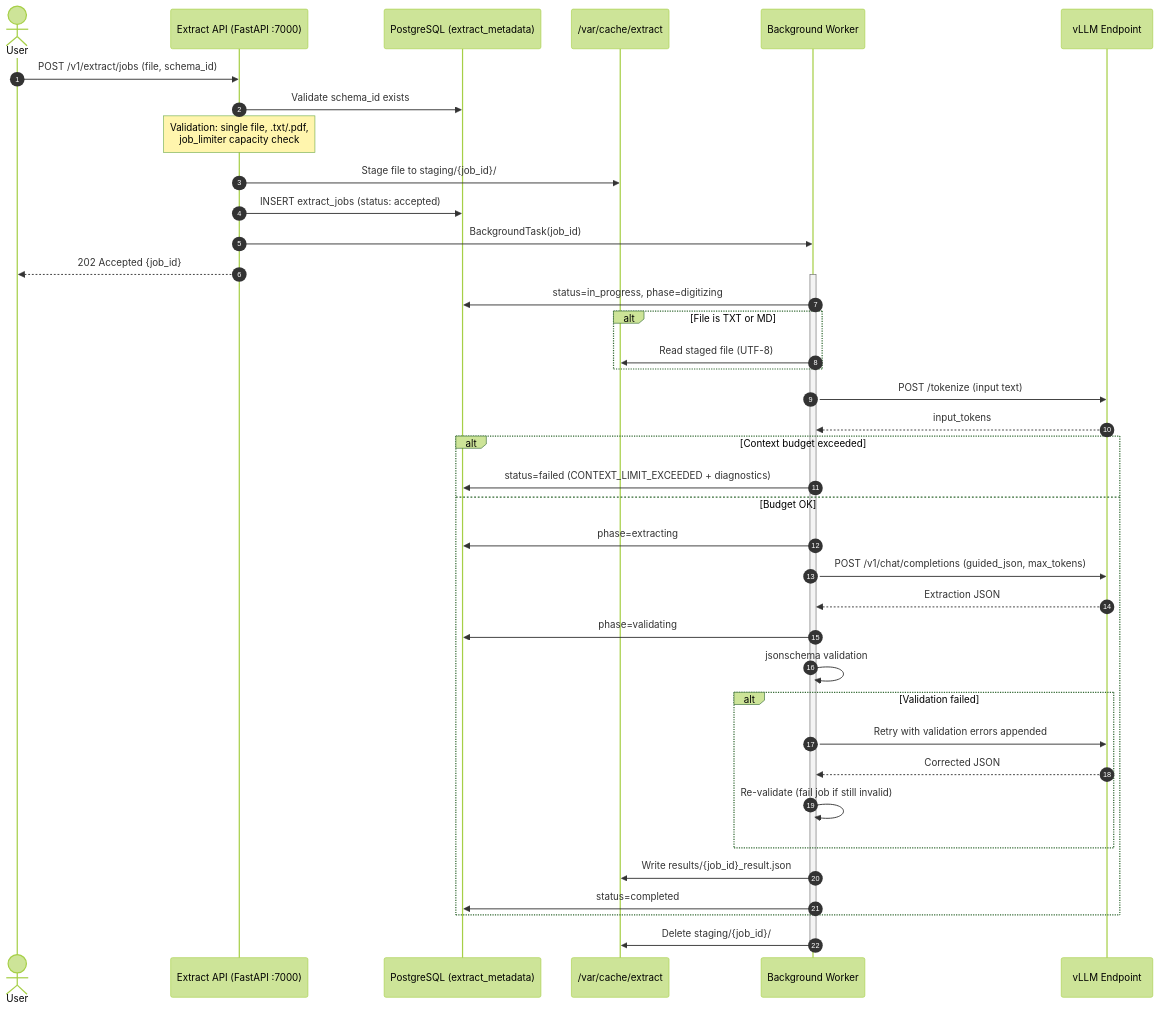
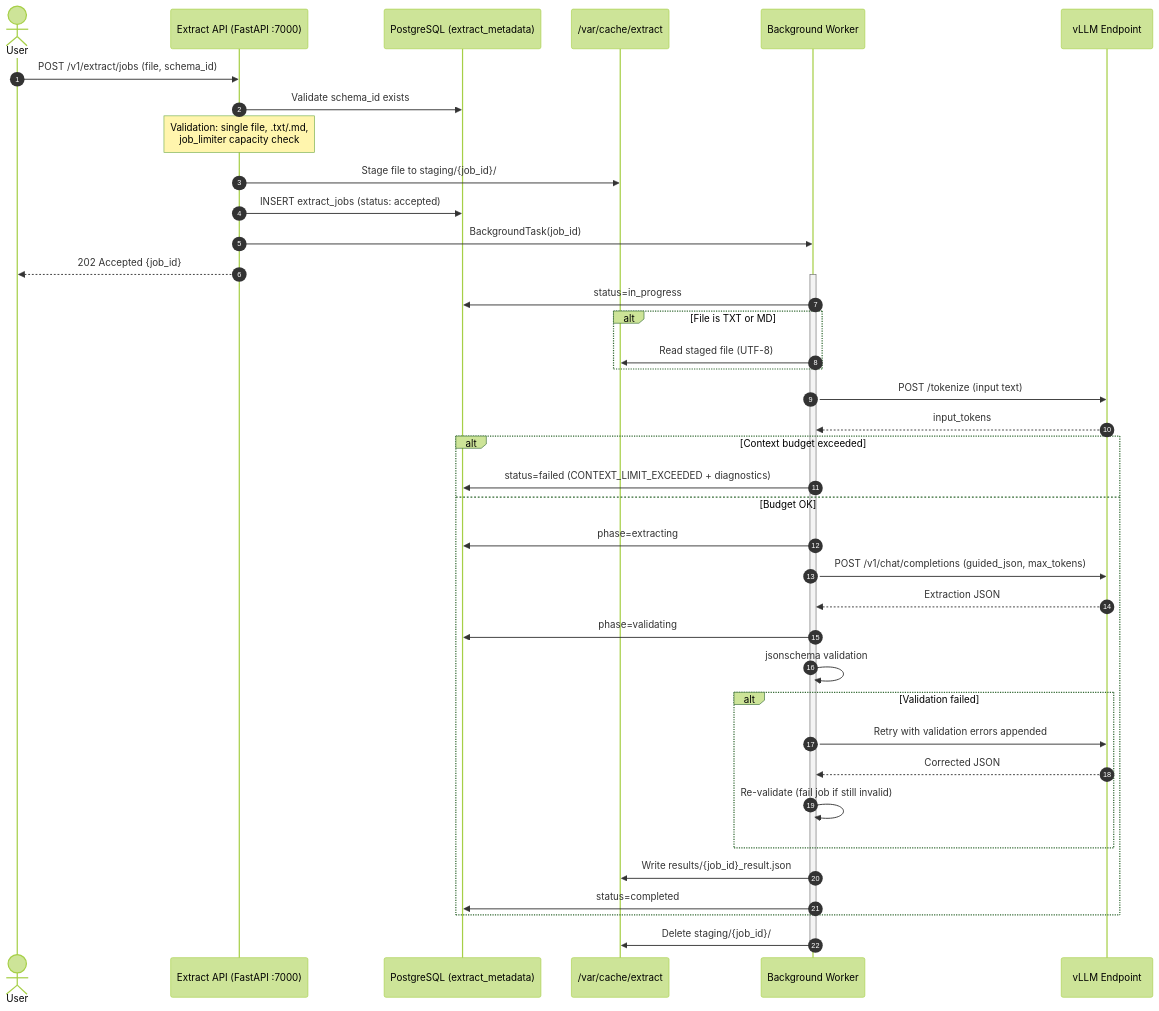
The second of 2 diagrams in docs/proposals/entity_extraction_service_proposal.md (IBM/project-ai-services), drawn with Mermaid (forest theme) before and after one commit. The commit also changed other lines of this file, not shown here.

Commit message:
added GET example with inferred schema and removed all mentions of digitize and pdf

````diff
--- a/docs/proposals/entity_extraction_service_proposal.md
+++ b/docs/proposals/entity_extraction_service_proposal.md
@@ -890,51 +887,51 @@
 ```mermaid
 sequenceDiagram
     autonumber
     actor User
     participant API as Extract API (FastAPI :7000)
     participant PG as PostgreSQL (extract_metadata)
     participant FS as /var/cache/extract
     participant Worker as Background Worker
     participant vLLM as vLLM Endpoint
 
     User->>API: POST /v1/extract/jobs (file, schema_id)
     API->>PG: Validate schema_id exists
-    Note over API: Validation: single file, .txt/.pdf,<br/>job_limiter capacity check
+    Note over API: Validation: single file, .txt/.md,<br/>job_limiter capacity check
     API->>FS: Stage file to staging/{job_id}/
     API->>PG: INSERT extract_jobs (status: accepted)
     API->>Worker: BackgroundTask(job_id)
     API-->>User: 202 Accepted {job_id}
 
     activate Worker
-    Worker->>PG: status=in_progress, phase=digitizing
+    Worker->>PG: status=in_progress
 
     
     alt File is TXT or MD
         Worker->>FS: Read staged file (UTF-8)
     end
 
     Worker->>vLLM: POST /tokenize (input text)
     vLLM-->>Worker: input_tokens
 
     alt Context budget exceeded
         Worker->>PG: status=failed (CONTEXT_LIMIT_EXCEEDED + diagnostics)
     else Budget OK
         Worker->>PG: phase=extracting
         Worker->>vLLM: POST /v1/chat/completions (guided_json, max_tokens)
         vLLM-->>Worker: Extraction JSON
         Worker->>PG: phase=validating
         Worker->>Worker: jsonschema validation
 
         alt Validation failed
             Worker->>vLLM: Retry with validation errors appended
             vLLM-->>Worker: Corrected JSON
             Worker->>Worker: Re-validate (fail job if still invalid)
         end
 
         Worker->>FS: Write results/{job_id}_result.json
         Worker->>PG: status=completed
     end
 
     Worker->>FS: Delete staging/{job_id}/
     deactivate Worker
 ```
````
